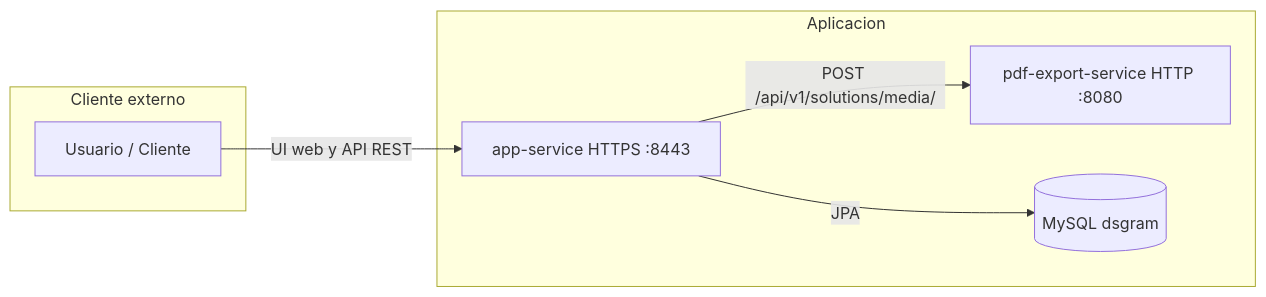
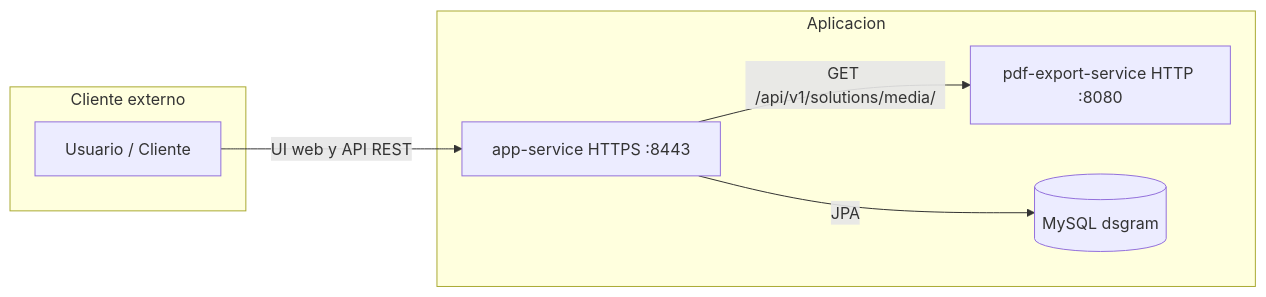
One commit to CodeURJC-SSDD-2025-26/practica-ssdd-2025-26-grupo-15 changed the diagram in README.md. Above: the diagram before and after it, drawn with Mermaid.

Commit message:
Change API endpoint from POST to GET for media

````diff
--- a/README.md
+++ b/README.md
@@ -640,16 +640,16 @@
 ```mermaid
 flowchart LR
 	subgraph Ext[Cliente externo]
 		user[Usuario / Cliente]
 	end
 
 	subgraph App[Aplicacion]
 		app[app-service HTTPS :8443]
 		pdf[pdf-export-service HTTP :8080]
 		mysql[(MySQL dsgram)]
 	end
 
 	user -->|UI web y API REST| app
-	app -->|POST /api/v1/solutions/media/| pdf
+	app -->|GET /api/v1/solutions/media/| pdf
 	app -->|JPA| mysql
 ```
````
